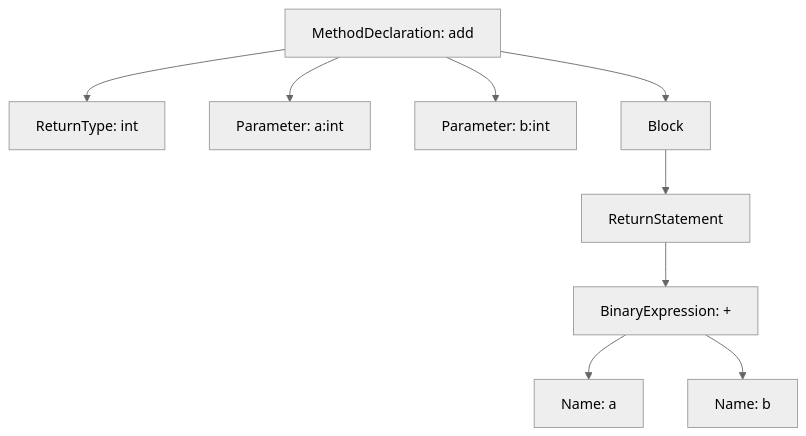
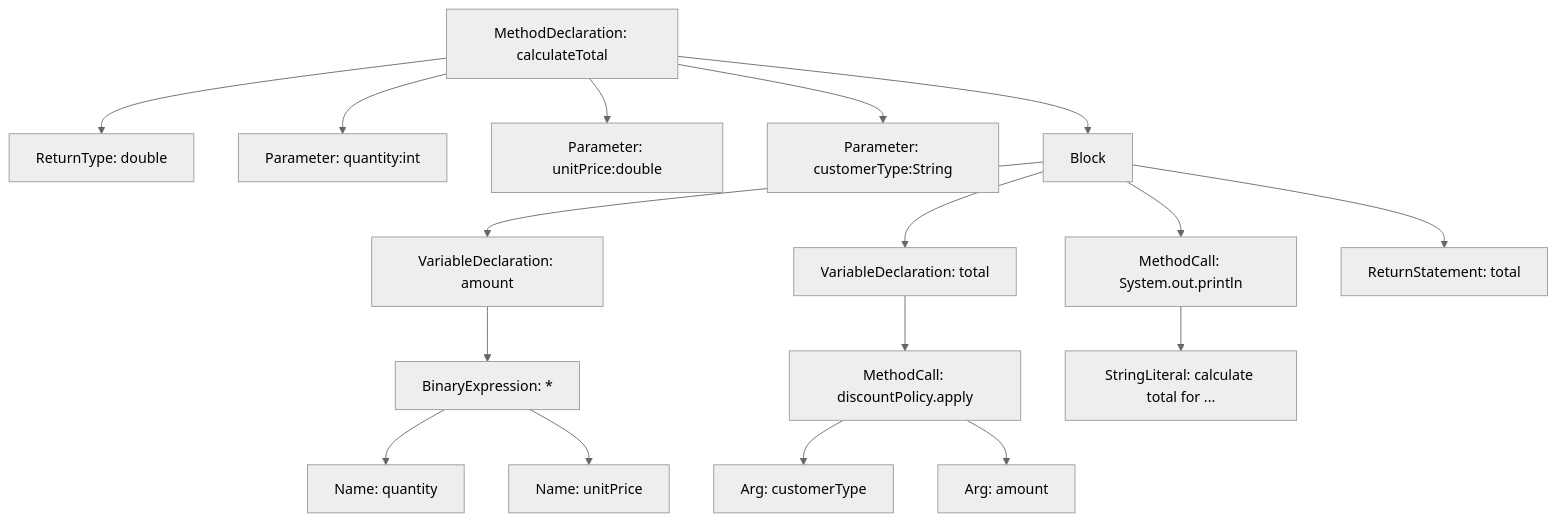
The diagram in part2/source-to-ast.md (shawnxie94/code-visualization-book), drawn with Mermaid (neutral theme) before and after one commit. The commit also changed other lines of this file and 92 other files, not shown here.

````diff
--- a/part2/source-to-ast.md
+++ b/part2/source-to-ast.md
@@ -64,11 +126,19 @@
 ```mermaid
 flowchart TB
-  M["MethodDeclaration: add"] --> R["ReturnType: int"]
-  M --> P1["Parameter: a:int"]
-  M --> P2["Parameter: b:int"]
-  M --> B["Block"]
-  B --> RS["ReturnStatement"]
-  RS --> E["BinaryExpression: +"]
-  E --> A["Name: a"]
-  E --> BB["Name: b"]
+ M["MethodDeclaration: calculateTotal"] --> RT["ReturnType: double"]
+ M --> P1["Parameter: quantity:int"]
+ M --> P2["Parameter: unitPrice:double"]
+ M --> P3["Parameter: customerType:String"]
+ M --> B["Block"]
+ B --> V1["VariableDeclaration: amount"]
+ V1 --> Mul["BinaryExpression: *"]
+ Mul --> Q["Name: quantity"]
+ Mul --> U["Name: unitPrice"]
+ B --> V2["VariableDeclaration: total"]
+ V2 --> Call1["MethodCall: discountPolicy.apply"]
+ Call1 --> A1["Arg: customerType"]
+ Call1 --> A2["Arg: amount"]
+ B --> Call2["MethodCall: System.out.println"]
+ Call2 --> Str["StringLiteral: calculate total for ..."]
+ B --> Ret["ReturnStatement: total"]
 ```
````
